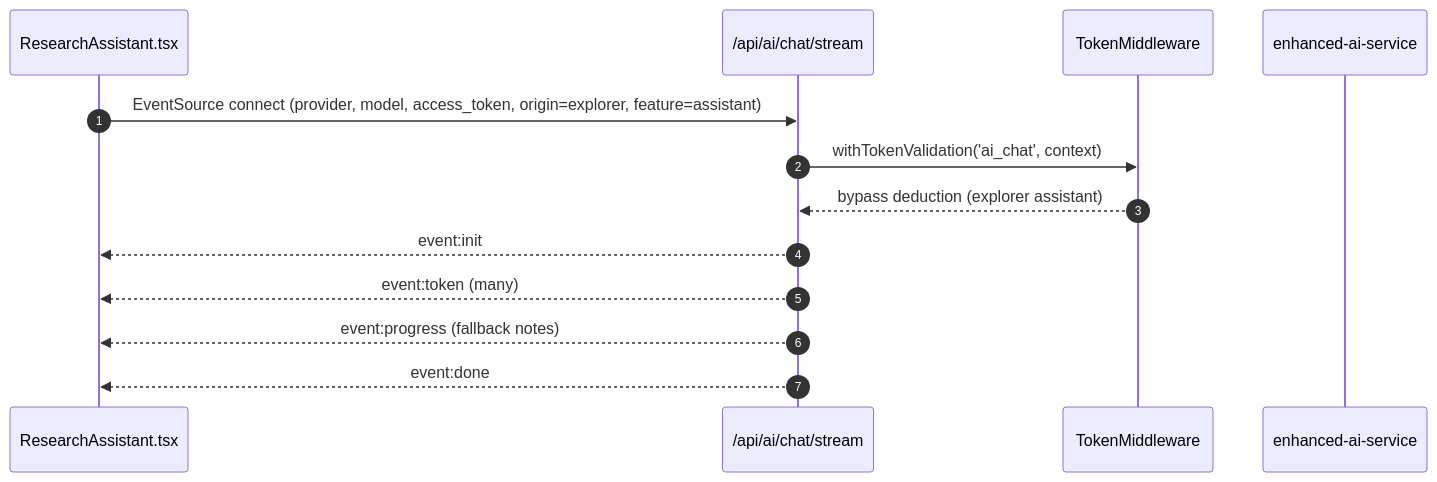
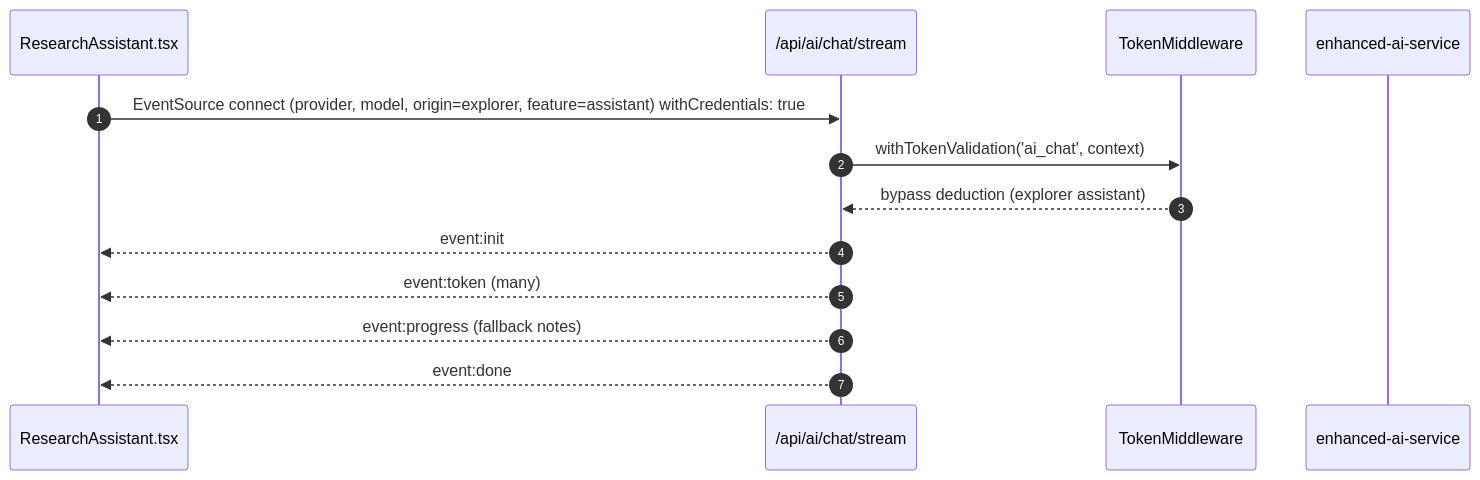
One commit to Kedhareswer/thesisflow-ai changed the diagram in docs/pages/explorer/README.md. Above: the diagram before and after it, drawn with Mermaid. The commit also changed other lines of this file and 30 other files, not shown here.

````diff
--- a/docs/pages/explorer/README.md
+++ b/docs/pages/explorer/README.md
@@ -53,16 +55,16 @@
 ```mermaid
 sequenceDiagram
   autonumber
   participant UI as ResearchAssistant.tsx
   participant S as /api/ai/chat/stream
   participant MW as TokenMiddleware
   participant AI as enhanced-ai-service
 
-  UI->>S: EventSource connect (provider, model, access_token, origin=explorer, feature=assistant)
+  UI->>S: EventSource connect (provider, model, origin=explorer, feature=assistant) withCredentials: true
   S->>MW: withTokenValidation('ai_chat', context)
   MW-->>S: bypass deduction (explorer assistant)
   S-->>UI: event:init
   S-->>UI: event:token (many)
   S-->>UI: event:progress (fallback notes)
   S-->>UI: event:done
 ```
````
